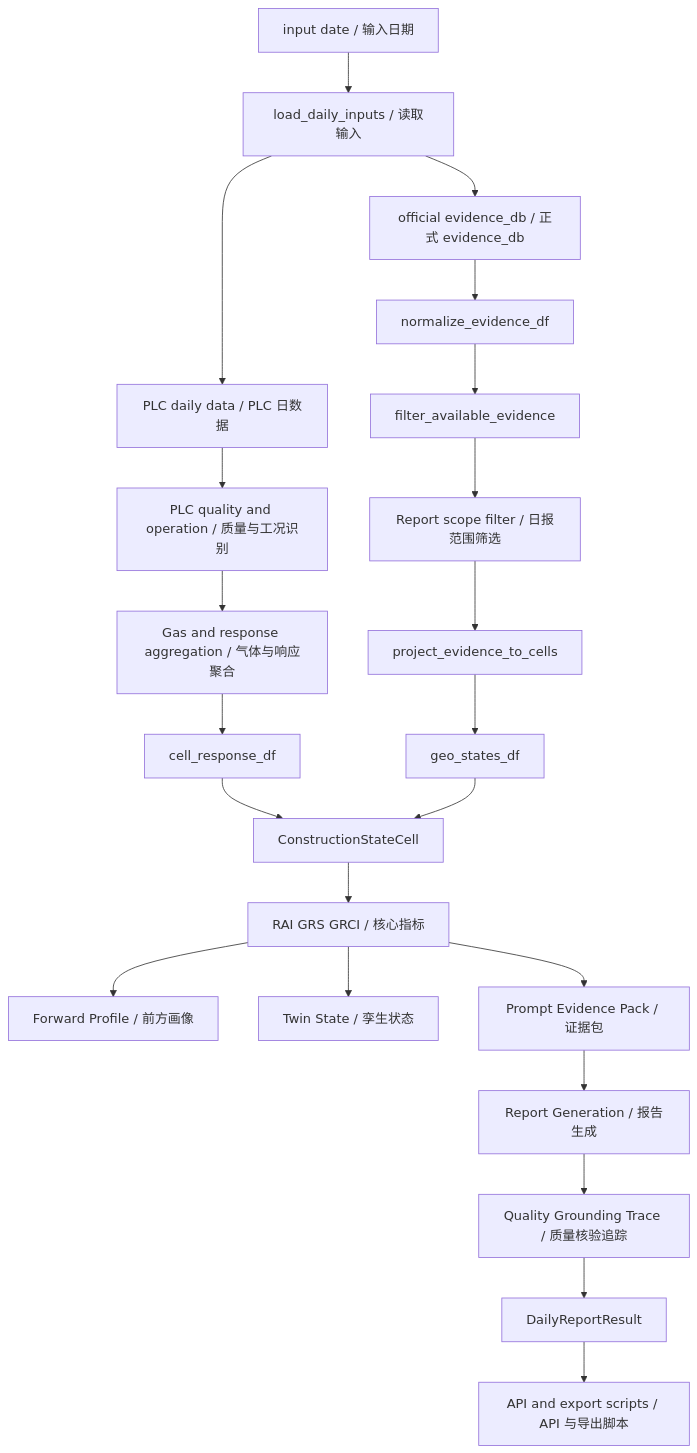
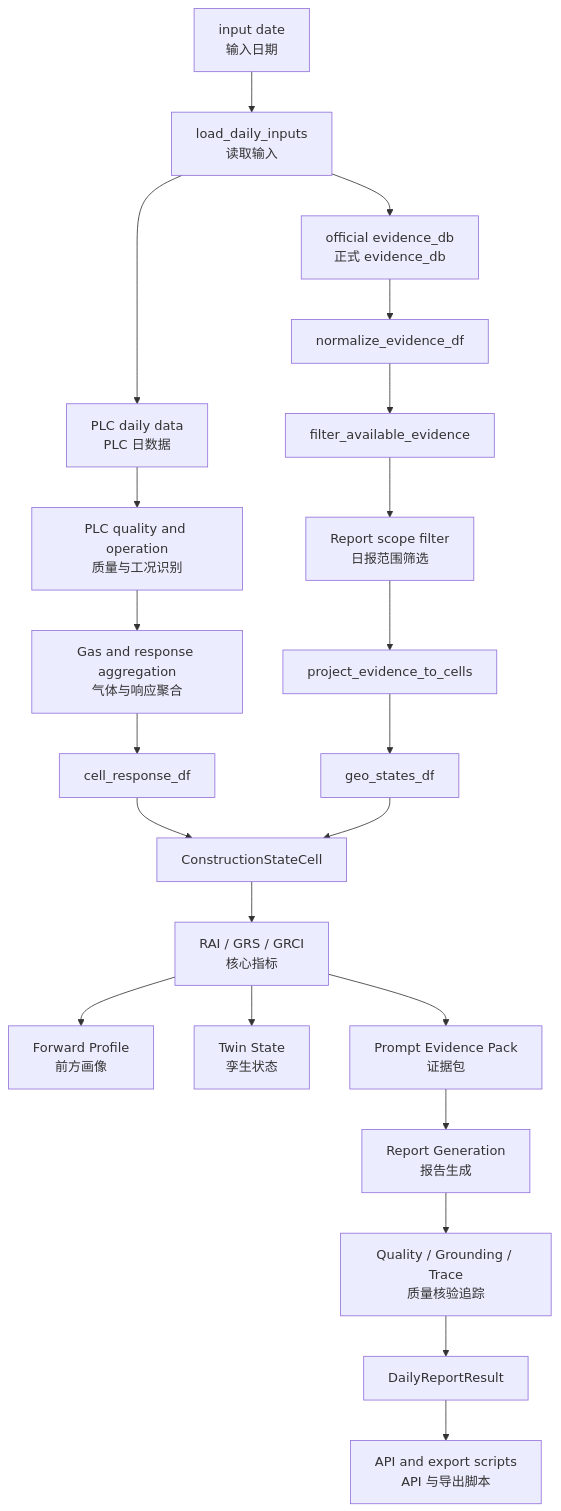
One commit to xiaodazhao/tbm-report changed the first of 5 diagrams in backend/docs/system_architecture.md. Above: the diagram before and after it, drawn with Mermaid. The commit also changed other lines of this file and 1 other file, not shown here.

Commit message:
Fix Mermaid diagrams for GitHub rendering

````diff
--- a/backend/docs/system_architecture.md
+++ b/backend/docs/system_architecture.md
@@ -38,28 +38,28 @@
 ```mermaid
 flowchart TD
-    A[input date / 输入日期] --> B[load_daily_inputs / 读取输入]
-    B --> C[PLC daily data / PLC 日数据]
-    B --> D[official evidence_db / 正式 evidence_db]
+    in_date["input date<br/>输入日期"] --> load_inputs["load_daily_inputs<br/>读取输入"]
+    load_inputs --> plc_data["PLC daily data<br/>PLC 日数据"]
+    load_inputs --> evdb["official evidence_db<br/>正式 evidence_db"]
 
-    C --> E[PLC quality and operation / 质量与工况识别]
-    E --> F[Gas and response aggregation / 气体与响应聚合]
-    F --> G[cell_response_df]
+    plc_data --> plc_proc["PLC quality and operation<br/>质量与工况识别"]
+    plc_proc --> gas_resp["Gas and response aggregation<br/>气体与响应聚合"]
+    gas_resp --> cell_resp["cell_response_df"]
 
-    D --> H[normalize_evidence_df]
-    H --> I[filter_available_evidence]
-    I --> J[Report scope filter / 日报范围筛选]
-    J --> K[project_evidence_to_cells]
-    K --> L[geo_states_df]
+    evdb --> normalize["normalize_evidence_df"]
+    normalize --> available["filter_available_evidence"]
+    available --> scope_filter["Report scope filter<br/>日报范围筛选"]
+    scope_filter --> projector["project_evidence_to_cells"]
+    projector --> geo_states["geo_states_df"]
 
-    G --> M[ConstructionStateCell]
-    L --> M
-    M --> N[RAI GRS GRCI / 核心指标]
-    N --> O[Forward Profile / 前方画像]
-    N --> P[Twin State / 孪生状态]
-    N --> Q[Prompt Evidence Pack / 证据包]
+    cell_resp --> cs_cell["ConstructionStateCell"]
+    geo_states --> cs_cell
+    cs_cell --> metrics["RAI / GRS / GRCI<br/>核心指标"]
+    metrics --> forward["Forward Profile<br/>前方画像"]
+    metrics --> twin["Twin State<br/>孪生状态"]
+    metrics --> pack["Prompt Evidence Pack<br/>证据包"]
 
-    Q --> R[Report Generation / 报告生成]
-    R --> S[Quality Grounding Trace / 质量核验追踪]
-    S --> T[DailyReportResult]
-    T --> U[API and export scripts / API 与导出脚本]
+    pack --> report_gen["Report Generation<br/>报告生成"]
+    report_gen --> qtrace["Quality / Grounding / Trace<br/>质量核验追踪"]
+    qtrace --> result["DailyReportResult"]
+    result --> api_export["API and export scripts<br/>API 与导出脚本"]
 ```
````
